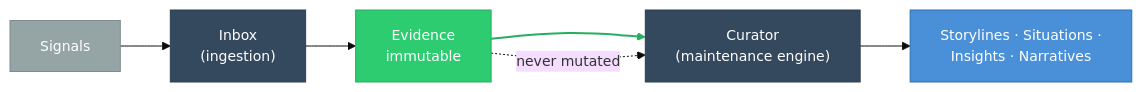
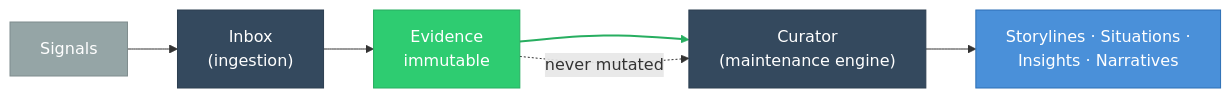
Before and after one commit to alex-oleshkevich/dailydrift: the first of 2 diagrams in specs/curator.md, drawn with Mermaid. The commit also changed other lines of this file and 44 other files, not shown here.

````diff
--- a/specs/curator.md
+++ b/specs/curator.md
@@ -337,19 +393,18 @@
 ```mermaid
-%%{init: {'theme': 'base', 'themeVariables': {'fontSize': '14px'}}}%%
 flowchart LR
     classDef input fill:#95A5A6,stroke:#7F8C8D,color:#fff
     classDef stage fill:#34495E,stroke:#2C3E50,color:#fff
     classDef fact fill:#2ECC71,stroke:#27AE60,color:#fff
     classDef out fill:#4A90D9,stroke:#2C6FB5,color:#fff
 
     SIG["Signals"]:::input
-    INB["Inbox\n(ingestion)"]:::stage
-    EV["Evidence\nimmutable"]:::fact
-    CUR["Curator\n(maintenance engine)"]:::stage
-    OUT["Storylines · Situations ·\nInsights · Narratives"]:::out
+    INB["Inbox<br/>(ingestion)"]:::stage
+    EV["Evidence<br/>immutable"]:::fact
+    CUR["Curator<br/>(maintenance engine)"]:::stage
+    OUT["Storylines · Situations ·<br/>Insights · Narratives"]:::out
 
     SIG --> INB --> EV --> CUR --> OUT
     EV -.->|"never mutated"| CUR
 
     linkStyle 2 stroke:#27AE60,stroke-width:2px
 ```
````
